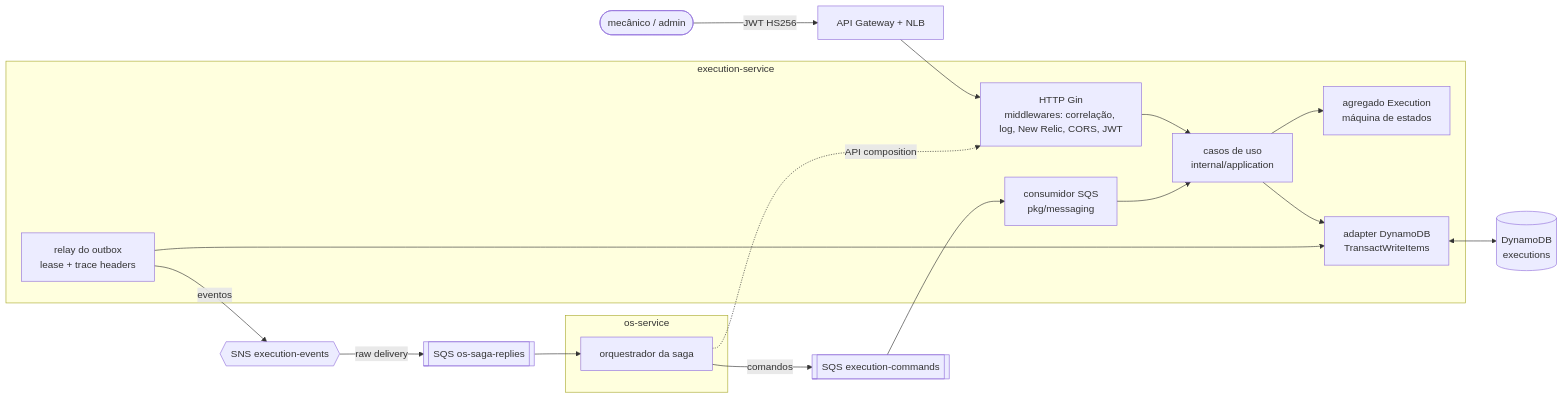
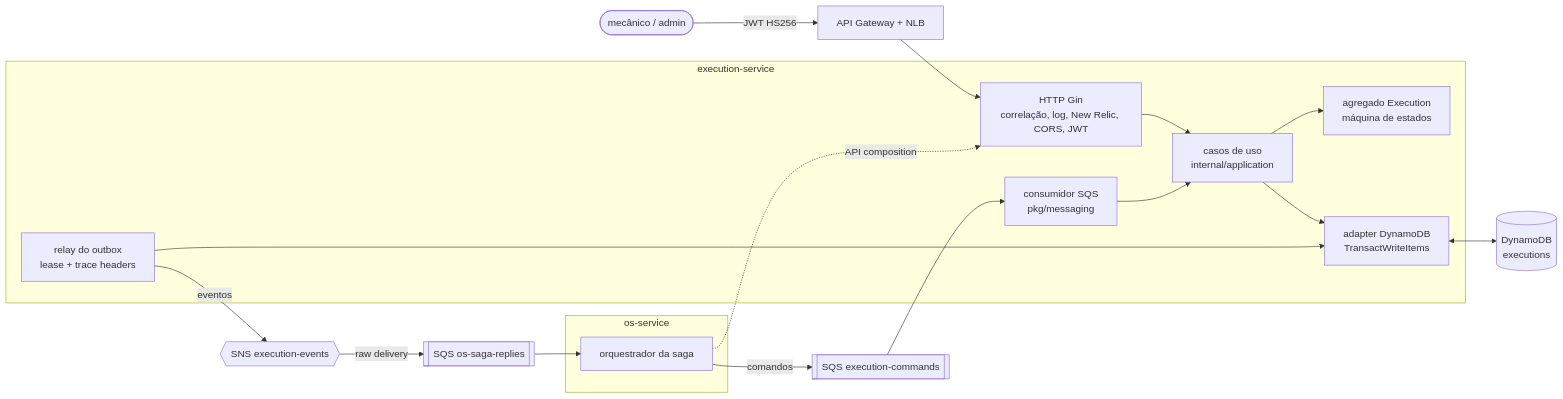
One commit to Kc1t/postech-tc4-execution-service changed the first of 3 diagrams in README.md. Above: the diagram before and after it, drawn with Mermaid. The commit also changed other lines of this file, not shown here.

````diff
--- a/README.md
+++ b/README.md
@@ -20,30 +43,30 @@
 ```mermaid
 flowchart LR
     subgraph saga[os-service]
         ORQ[orquestrador da saga]
     end
     MEC([mecânico / admin]) -->|JWT HS256| GW[API Gateway + NLB]
     GW --> HTTP
     ORQ -->|comandos| Q[[SQS execution-commands]]
 
     subgraph svc[execution-service]
-        HTTP[HTTP Gin<br/>middlewares: correlação, log, New Relic, CORS, JWT]
+        HTTP[HTTP Gin<br/>correlação, log, New Relic, CORS, JWT]
         CONS[consumidor SQS<br/>pkg/messaging]
         UC[casos de uso<br/>internal/application]
         DOM[agregado Execution<br/>máquina de estados]
         REPO[adapter DynamoDB<br/>TransactWriteItems]
         RELAY[relay do outbox<br/>lease + trace headers]
         HTTP --> UC
         CONS --> UC
         UC --> DOM
         UC --> REPO
         RELAY --> REPO
     end
 
     Q --> CONS
     REPO <--> DDB[(DynamoDB<br/>executions)]
     RELAY -->|eventos| T{{SNS execution-events}}
     T -->|raw delivery| R[[SQS os-saga-replies]]
     R --> ORQ
     ORQ -. API composition .-> HTTP
 ```
````
